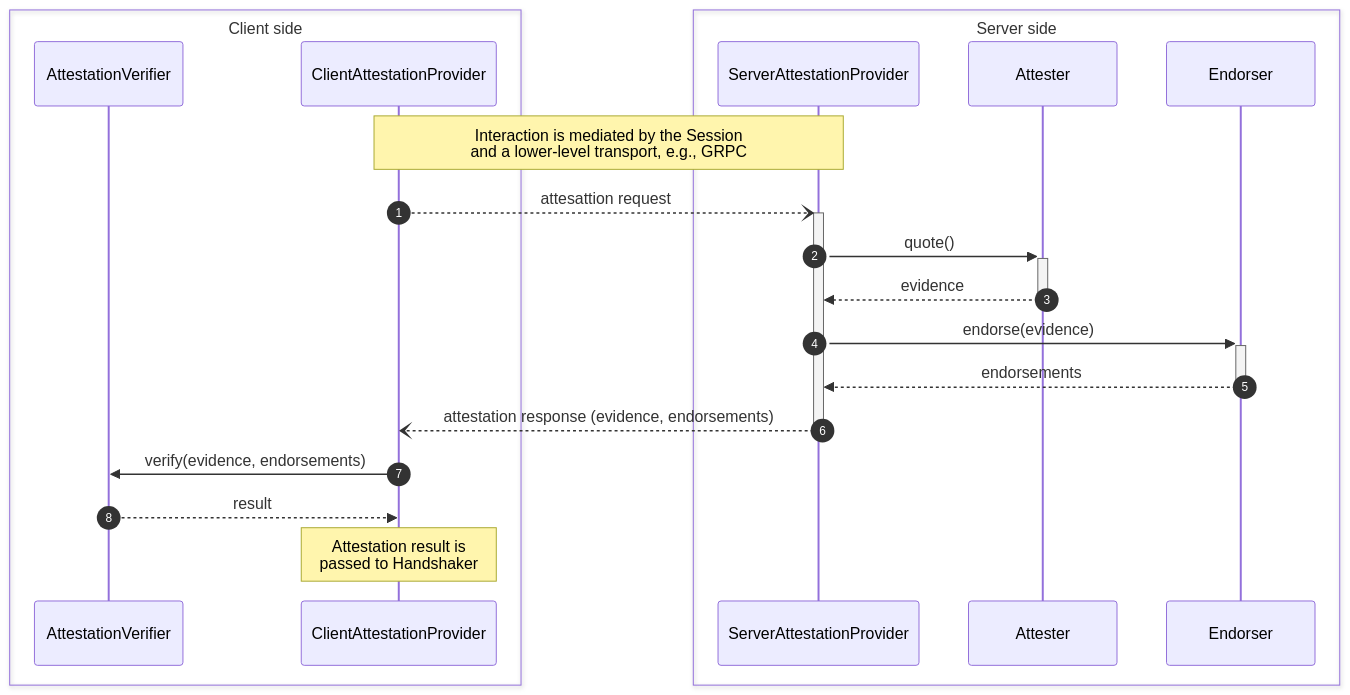
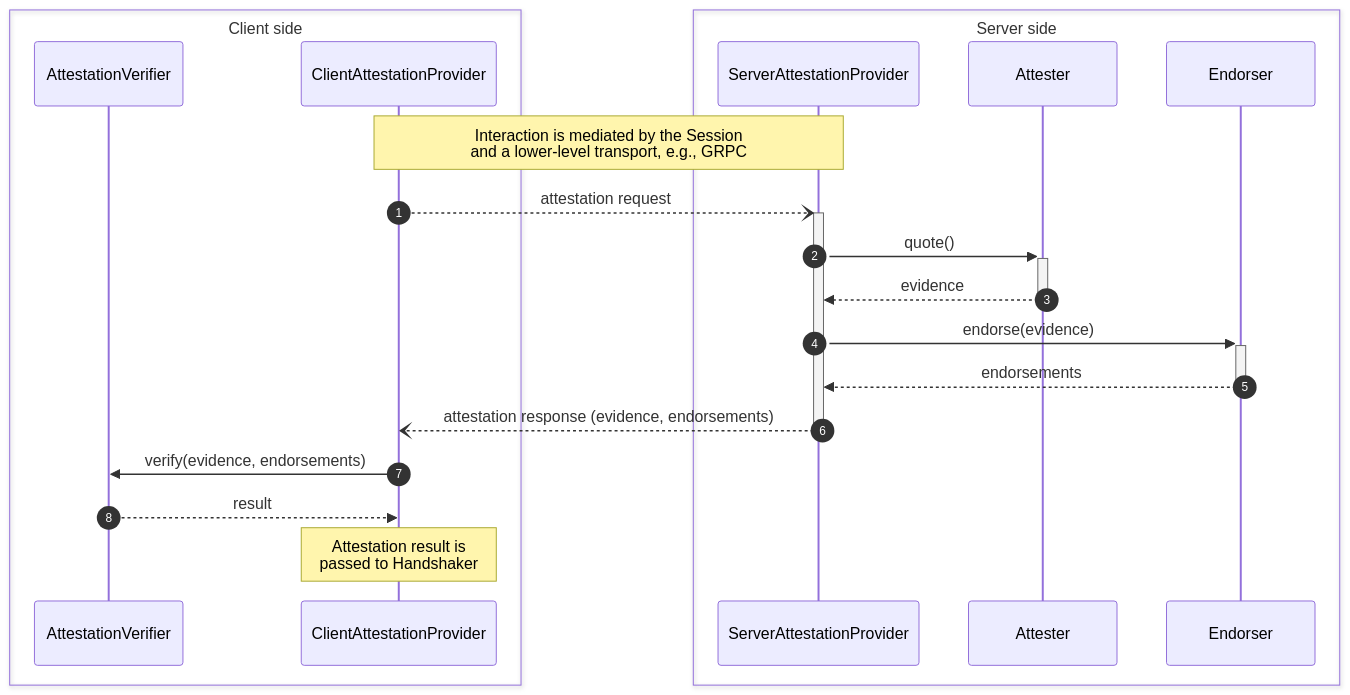
One commit to project-oak/oak changed the second of 5 diagrams in oak_session/README.md. Above: the diagram before and after it, drawn with Mermaid. The commit also changed other lines of this file, not shown here.

First line of the commit message:
Extend description of session states, and add a sequence diagram.

````diff
--- a/oak_session/README.md
+++ b/oak_session/README.md
@@ -90,28 +206,28 @@
 ```mermaid
 sequenceDiagram
     autonumber
 
     box Client side
         participant AV as AttestationVerifier
         participant CAP as ClientAttestationProvider
     end
     box Server side
         participant SAP as ServerAttestationProvider
         participant A as Attester
         participant E as Endorser
     end
 
     Note over CAP,SAP: Interaction is mediated by the Session<br/> and a lower-level transport, e.g., GRPC
-    CAP--)+SAP: attesattion request
+    CAP--)+SAP: attestation request
     SAP->>+A: quote()
     A-->>-SAP: evidence
     SAP->>+E: endorse(evidence)
     E-->>-SAP: endorsements
 
     SAP--)-CAP: attestation response (evidence, endorsements)
 
     CAP->>AV: verify(evidence, endorsements)
     AV-->>CAP: result
 
     Note over CAP: Attestation result is<br/> passed to Handshaker
 ```
````
